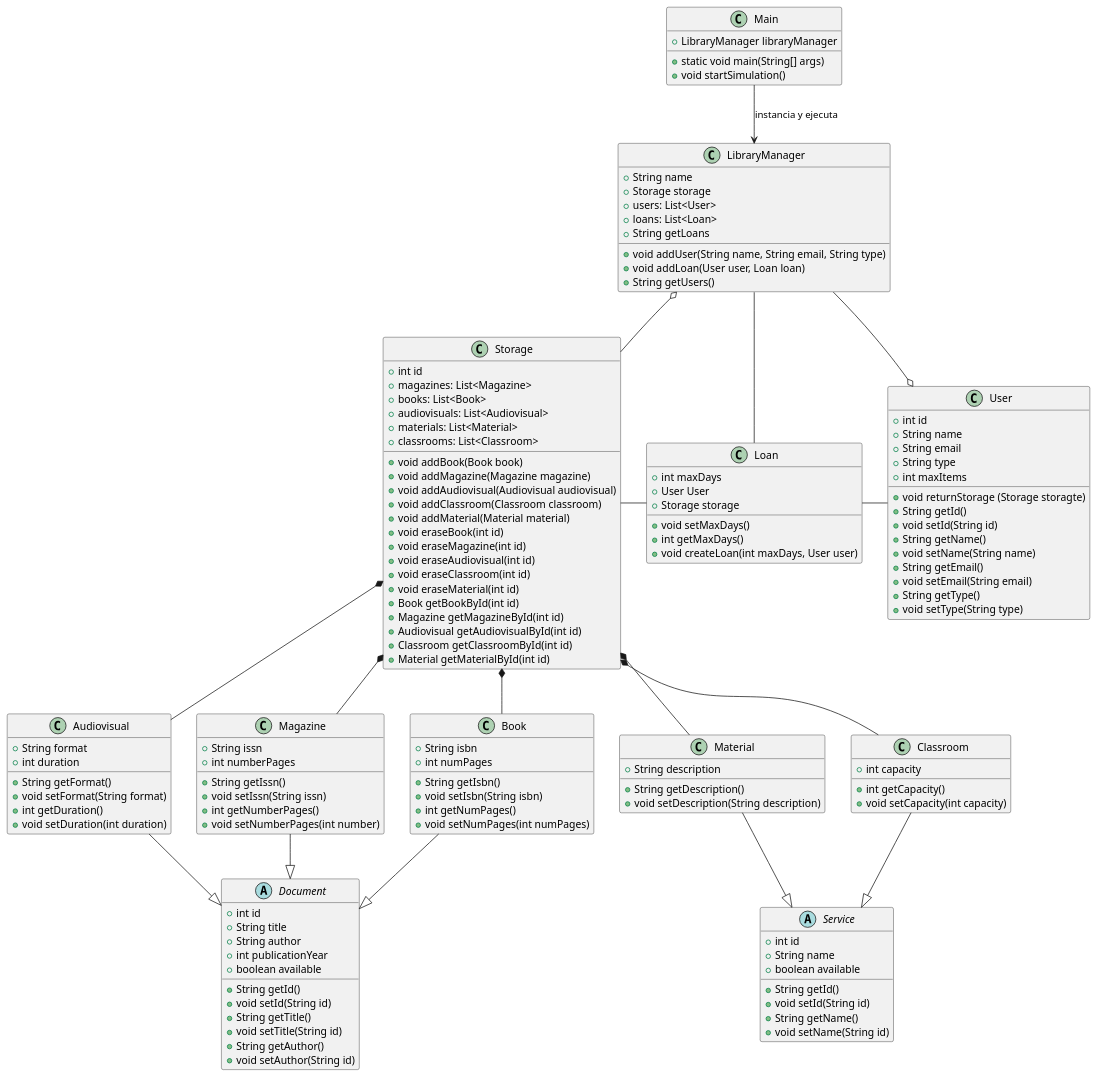
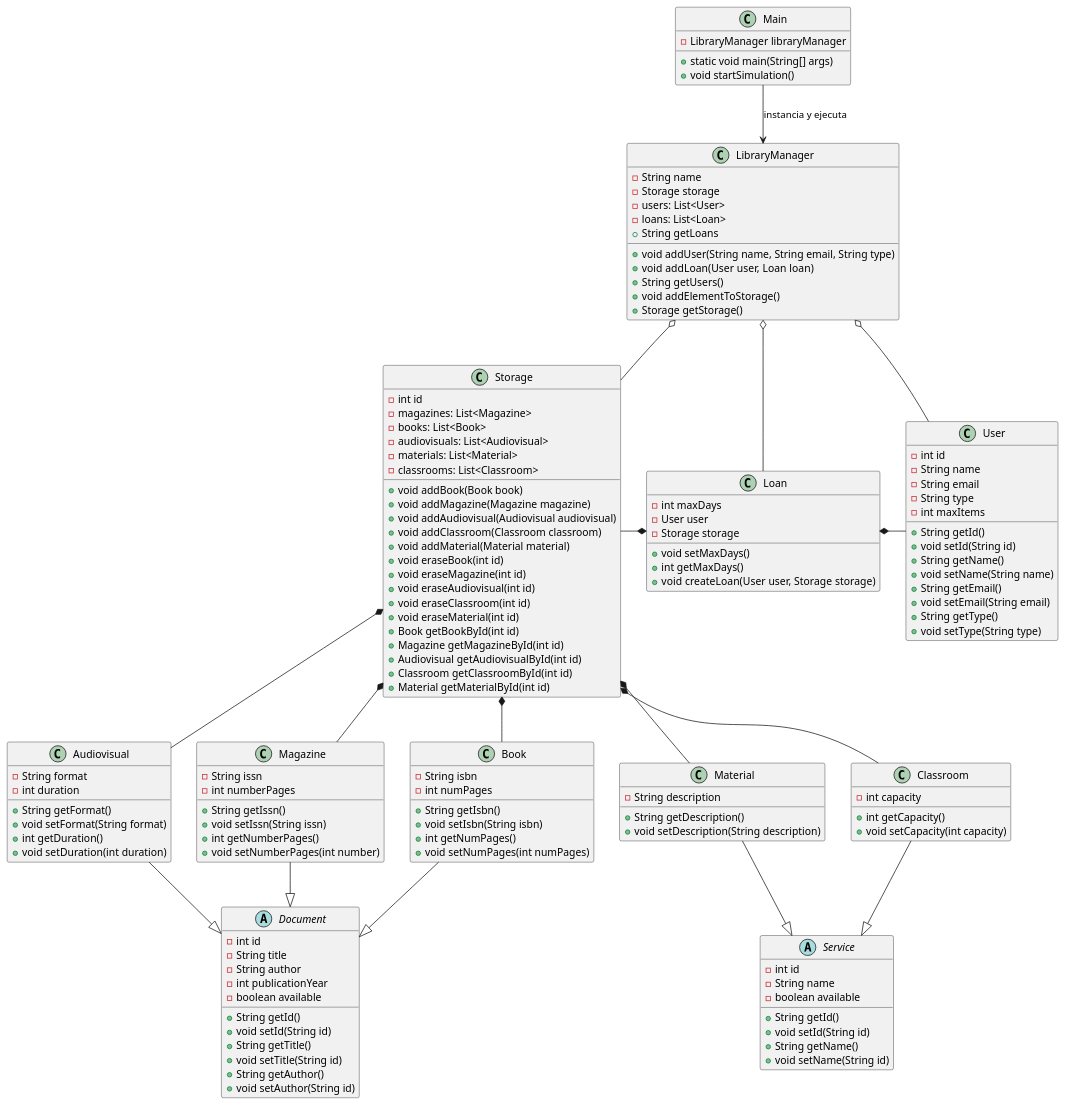
Before and after one commit to sara-patino/24-25-IdSw2-SDD: the diagram in modelosUML/DiagramaDeClases.puml, drawn with PlantUML.

```diff
--- a/modelosUML/DiagramaDeClases.puml
+++ b/modelosUML/DiagramaDeClases.puml
@@ -1,150 +1,152 @@
 @startuml
 Main --> LibraryManager : "instancia y ejecuta"
 LibraryManager o-- Storage
-LibraryManager --o User
-LibraryManager -- Loan
-Storage -right- Loan
-Loan -right- User
+LibraryManager o-- User
+LibraryManager o-- Loan
+Storage -right-* Loan
+Loan *-right- User
 Storage *-- Book
 Storage *-- Magazine
 Storage *-- Material
 Storage *-- Classroom
 Storage *-- Audiovisual
 Service <|-up- Classroom
 Service <|-up- Material
 Document <|-up- Book
 Document <|-up- Magazine
 Document <|-up- Audiovisual
 
 class Material {
-    +String description
+    -String description
     +String getDescription()
     +void setDescription(String description)
 }
 
 class Storage {
-    + int id
-    + magazines: List<Magazine> 
-    + books: List<Book> 
-    + audiovisuals: List<Audiovisual>
-    + materials: List<Material>
-    + classrooms: List<Classroom>
+    - int id
+    - magazines: List<Magazine> 
+    - books: List<Book> 
+    - audiovisuals: List<Audiovisual>
+    - materials: List<Material>
+    - classrooms: List<Classroom>
     + void addBook(Book book)
     + void addMagazine(Magazine magazine)
     + void addAudiovisual(Audiovisual audiovisual)
     + void addClassroom(Classroom classroom)
     + void addMaterial(Material material)
     + void eraseBook(int id)
     + void eraseMagazine(int id)
     + void eraseAudiovisual(int id)
     + void eraseClassroom(int id)
     + void eraseMaterial(int id)
     + Book getBookById(int id)
     + Magazine getMagazineById(int id)
     + Audiovisual getAudiovisualById(int id)
     + Classroom getClassroomById(int id)
     + Material getMaterialById(int id)
 }
 
 abstract class Document {
-    +int id
-    +String title
-    +String author
-    +int publicationYear
-    +boolean available
+    -int id
+    -String title
+    -String author
+    -int publicationYear
+    -boolean available
     +String getId()
     +void setId(String id)
     +String getTitle()
     +void setTitle(String id)
     +String getAuthor()
     +void setAuthor(String id)
     
 }
 
 class User {
-    +int id
-    +String name
-    +String email
-    +String type
-    +int maxItems
-    +void returnStorage (Storage storagte)
+    -int id
+    -String name
+    -String email
+    -String type
+    -int maxItems
+
     +String getId()
     +void setId(String id)
     +String getName()
     +void setName(String name)
     +String getEmail()
     +void setEmail(String email)
     +String getType()
     +void setType(String type)
 }
 
 class Book {
-    +String isbn
-    +int numPages
+    -String isbn
+    -int numPages
     +String getIsbn()
     +void setIsbn(String isbn)
     +int getNumPages()
     +void setNumPages(int numPages)
 }
 
 class Classroom {
-    +int capacity
+    -int capacity
     +int getCapacity()
     +void setCapacity(int capacity)
 }
 
 abstract class Service {
-    +int id
-    +String name
-    +boolean available
+    -int id
+    -String name
+    -boolean available
     +String getId()
     +void setId(String id)
     +String getName()
     +void setName(String id)
 }
 
 class Magazine {
-    +String issn
-    +int numberPages
+    -String issn
+    -int numberPages
     +String getIssn()
     +void setIssn(String issn)
     +int getNumberPages()
     +void setNumberPages(int number)
 }
 
 class Audiovisual {
-    +String format
-    +int duration
+    -String format
+    -int duration
     +String getFormat()
     +void setFormat(String format)
     +int getDuration()
     +void setDuration(int duration)
 }
 
 class LibraryManager {
-    +String name
-    +Storage storage
-    +users: List<User>
-    +loans: List<Loan>
+    -String name
+    -Storage storage
+    -users: List<User>
+    -loans: List<Loan>
     +void addUser(String name, String email, String type)
     +void addLoan(User user, Loan loan)
     +String getUsers()
     +String getLoans
+    +void addElementToStorage()
+    +Storage getStorage()
 }
 
 class Main {
-    +LibraryManager libraryManager
+    -LibraryManager libraryManager
     +static void main(String[] args)
     +void startSimulation()
 }
 
 class Loan {
-  +int maxDays
-  +User User
-  +Storage storage
+  -int maxDays
+  -User user
+  -Storage storage
   +void setMaxDays()
   +int getMaxDays()
-  +void createLoan(int maxDays, User user)
+  +void createLoan(User user, Storage storage)
 }
 
 @enduml
```
